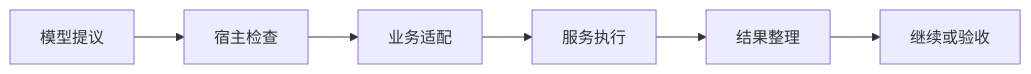
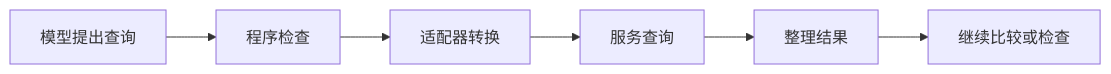
The diagram in book/16-mcp-host-differences.md (Mar-garet/agent-book), drawn with Mermaid before and after one commit. The commit also changed other lines of this file and 27 other files, not shown here.

````diff
--- a/book/16-mcp-host-differences.md
+++ b/book/16-mcp-host-differences.md
@@ -13,9 +15,9 @@
 ```mermaid
-%% 一次动作经过哪些责任位置
+%% 从一个查询建议到可用信息
 flowchart LR
-    M[模型提议] --> H[宿主检查]
-    H --> A[业务适配]
-    A --> S[服务执行]
-    S --> R[结果整理]
-    R --> V[继续或验收]
+    M[模型提出查询] --> H[程序检查]
+    H --> A[适配器转换]
+    A --> S[服务查询]
+    S --> R[整理结果]
+    R --> V[继续比较或检查]
 ```
````
